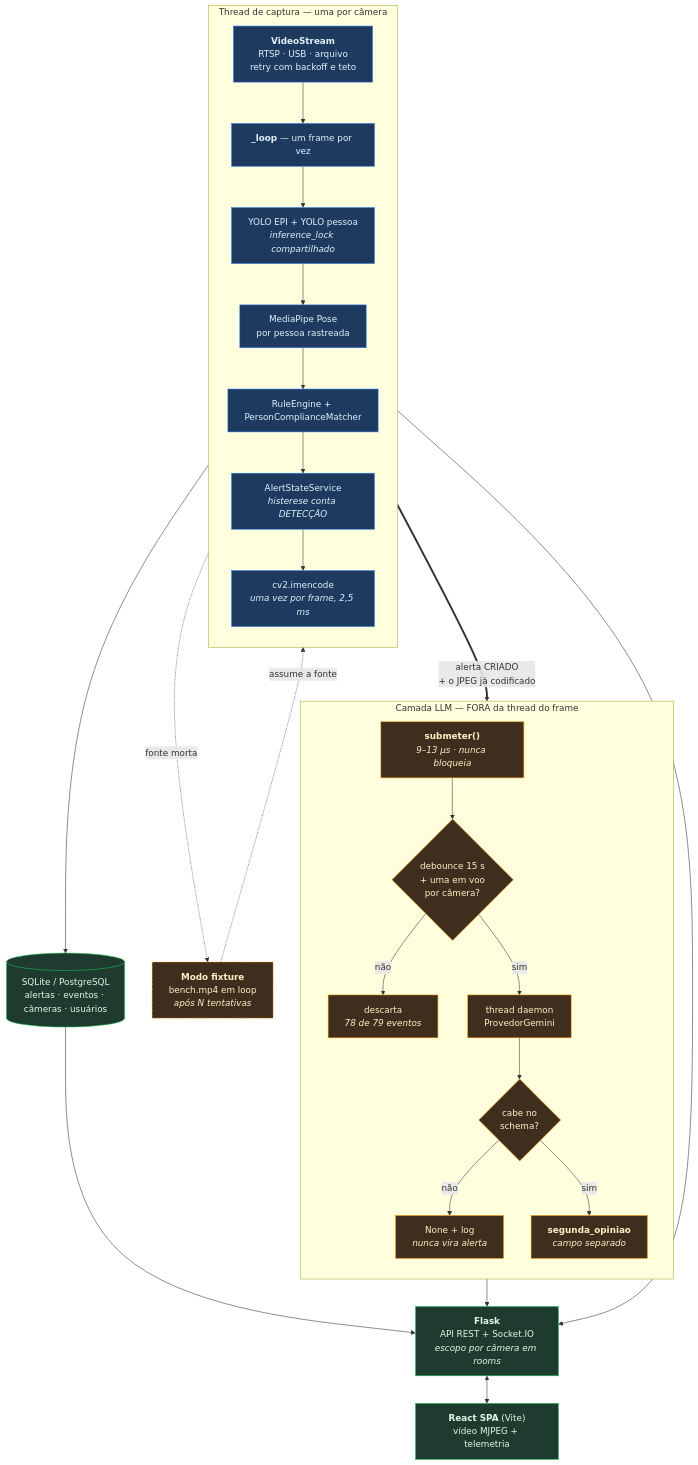
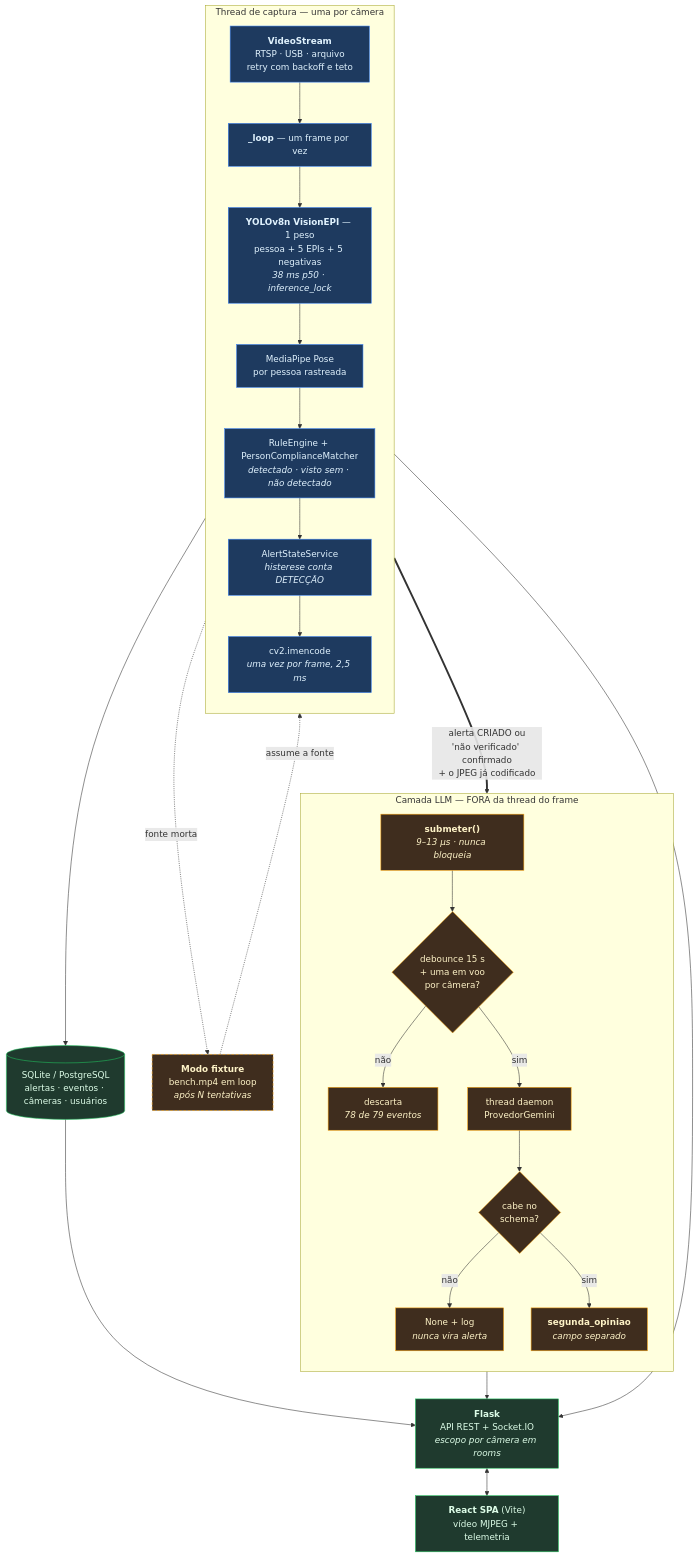
Before and after one commit to bolla-X/Challenge_5550: the diagram in README.md, drawn with Mermaid. The commit also changed other lines of this file and 4 other files, not shown here.

First line of the commit message:
docs(sprint4): relatorio tecnico, diagrama da arquitetura final, auditoria dos erros e README

````diff
--- a/README.md
+++ b/README.md
@@ -42,55 +44,55 @@
 ```mermaid
 flowchart TB
     subgraph thread["Thread de captura — uma por câmera"]
         direction TB
         FONTE["<b>VideoStream</b><br/>RTSP · USB · arquivo<br/>retry com backoff e teto"]
         LOOP["<b>_loop</b> — um frame por vez"]
-        YOLO["YOLO EPI + YOLO pessoa<br/><i>inference_lock compartilhado</i>"]
+        YOLO["<b>YOLOv8n VisionEPI</b> — 1 peso<br/>pessoa + 5 EPIs + 5 negativas<br/><i>38 ms p50 · inference_lock</i>"]
         POSE["MediaPipe Pose<br/>por pessoa rastreada"]
-        REGRAS["RuleEngine + PersonComplianceMatcher"]
+        REGRAS["RuleEngine + PersonComplianceMatcher<br/><i>detectado · visto sem · não detectado</i>"]
         ALERTA["AlertStateService<br/><i>histerese conta DETECÇÃO</i>"]
         ENCODE["cv2.imencode<br/><i>uma vez por frame, 2,5 ms</i>"]
         FONTE --> LOOP --> YOLO --> POSE --> REGRAS --> ALERTA --> ENCODE
     end
 
     FIXTURE["<b>Modo fixture</b><br/>bench.mp4 em loop<br/><i>após N tentativas</i>"]
     FONTE -. "fonte morta" .-> FIXTURE
     FIXTURE -. "assume a fonte" .-> LOOP
 
     subgraph llm["Camada LLM — FORA da thread do frame"]
         direction TB
         SUBMETER["<b>submeter()</b><br/><i>9–13 µs · nunca bloqueia</i>"]
         PORTAO{"debounce 15 s<br/>+ uma em voo<br/>por câmera?"}
         DESCARTE["descarta<br/><i>78 de 79 eventos</i>"]
         EXECUTOR["thread daemon<br/>ProvedorGemini"]
         SCHEMA{"cabe no<br/>schema?"}
         NADA["None + log<br/><i>nunca vira alerta</i>"]
         OPINIAO["<b>segunda_opiniao</b><br/><i>campo separado</i>"]
         SUBMETER --> PORTAO
         PORTAO -- "não" --> DESCARTE
         PORTAO -- "sim" --> EXECUTOR --> SCHEMA
         SCHEMA -- "não" --> NADA
         SCHEMA -- "sim" --> OPINIAO
     end
 
-    ALERTA == "alerta CRIADO<br/>+ o JPEG já codificado" ==> SUBMETER
+    ALERTA == "alerta CRIADO ou<br/>'não verificado' confirmado<br/>+ o JPEG já codificado" ==> SUBMETER
 
     BANCO[("SQLite / PostgreSQL<br/>alertas · eventos · câmeras · usuários")]
     FLASK["<b>Flask</b><br/>API REST + Socket.IO<br/><i>escopo por câmera em rooms</i>"]
     SPA["<b>React SPA</b> (Vite)<br/>vídeo MJPEG + telemetria"]
 
     ALERTA --> BANCO
     ENCODE --> FLASK
     OPINIAO --> FLASK
     BANCO --> FLASK
     FLASK <--> SPA
 
     classDef sync fill:#1e3a5f,stroke:#3b82f6,color:#e0f2fe
     classDef async fill:#3f2d1e,stroke:#f59e0b,color:#fef3c7
     classDef store fill:#1f3a2e,stroke:#22c55e,color:#dcfce7
     classDef fall fill:#3f2d1e,stroke:#f59e0b,color:#fef3c7,stroke-dasharray: 5 3
     class FONTE,LOOP,YOLO,POSE,REGRAS,ALERTA,ENCODE sync
     class SUBMETER,PORTAO,DESCARTE,EXECUTOR,SCHEMA,NADA,OPINIAO async
     class BANCO,FLASK,SPA store
     class FIXTURE fall
 ```
````
